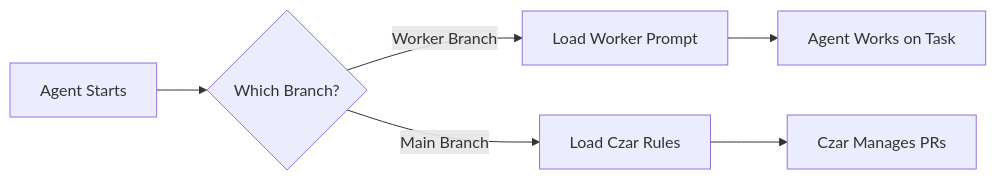
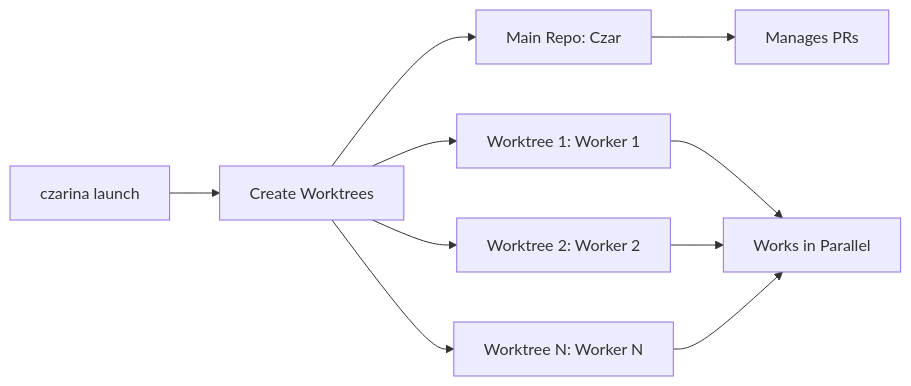
One commit to HLD/czarina changed the diagram in docs/BRANCH_BASED_WORKER_LOADING.md. Above: the diagram before and after it, drawn with Mermaid. The commit also changed other lines of this file, not shown here.

First line of the commit message:
docs: update BRANCH_BASED_WORKER_LOADING for worktree architecture

````diff
--- a/docs/BRANCH_BASED_WORKER_LOADING.md
+++ b/docs/BRANCH_BASED_WORKER_LOADING.md
@@ -9,8 +9,12 @@
 ```mermaid
 graph LR
-    A[Agent Starts] --> B{Which Branch?}
-    B -->|Worker Branch| C[Load Worker Prompt]
-    B -->|Main Branch| D[Load Czar Rules]
-    C --> E[Agent Works on Task]
-    D --> F[Czar Manages PRs]
+    A[czarina launch] --> B[Create Worktrees]
+    B --> C[Main Repo: Czar]
+    B --> D[Worktree 1: Worker 1]
+    B --> E[Worktree 2: Worker 2]
+    B --> F[Worktree N: Worker N]
+    C --> G[Manages PRs]
+    D --> H[Works in Parallel]
+    E --> H
+    F --> H
 ```
````
